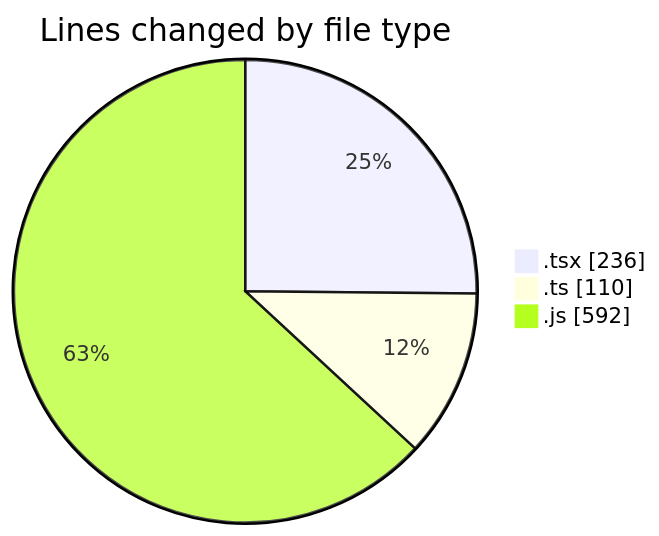
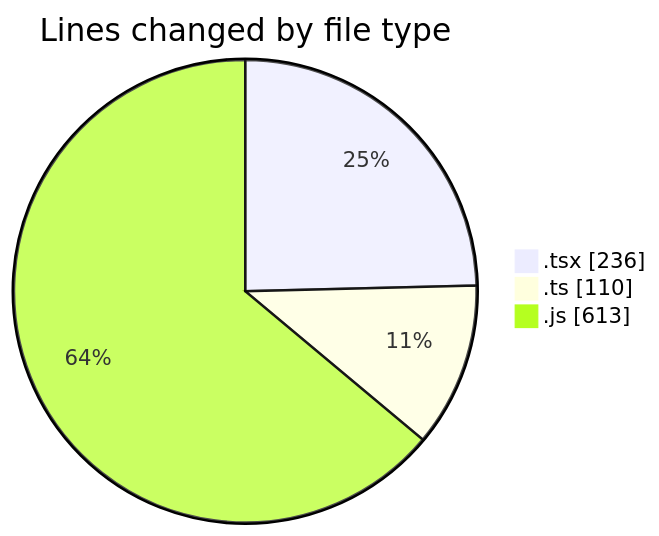
Before and after one commit to momahboobian/code-tracking: the first of 2 diagrams in 2025-03-24/cda/README.md, drawn with Mermaid. The commit also changed other lines of this file and 1 other file, not shown here.

````diff
--- a/2025-03-24/cda/README.md
+++ b/2025-03-24/cda/README.md
@@ -26,7 +26,7 @@
 ```mermaid
 pie showData
 title Lines changed by file type
 ".tsx" : 236
 ".ts" : 110
-".js" : 592
+".js" : 613
 ```
````
